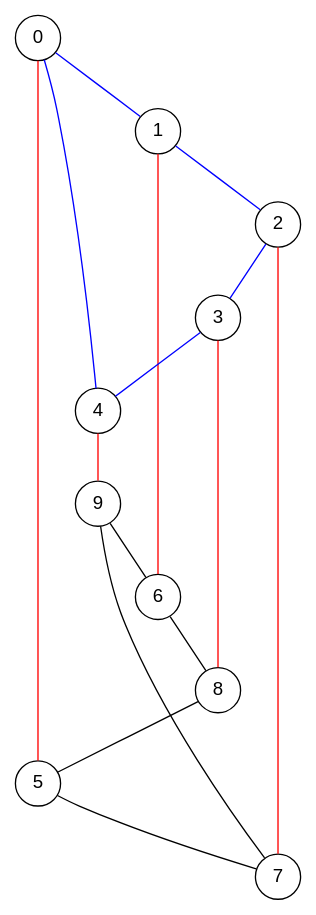
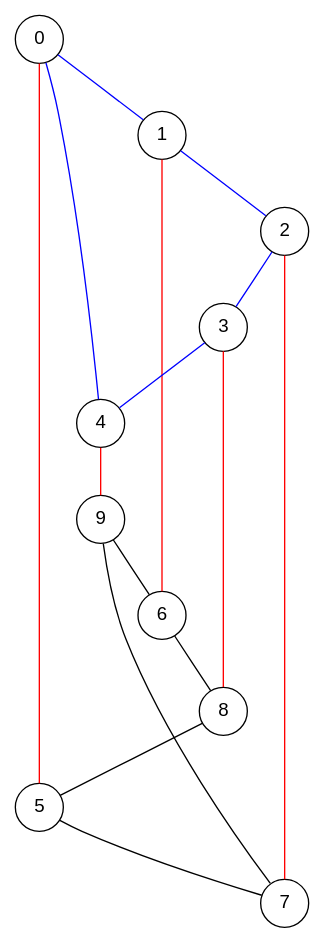
One commit to graphviz-perl/Tk-GraphViz changed the diagram in t/graphs/directed/Petersen.dot. Above: the diagram before and after it, drawn with Graphviz. The commit also changed 50 other files, not shown here.

```diff
--- a/t/graphs/directed/Petersen.dot
+++ b/t/graphs/directed/Petersen.dot
@@ -1,30 +1,29 @@
 graph Petersen {
-	node [label="\N", fontname=Arial, shape=circle, width="0.400000", height="0.400000", color=black];
+	node [label="\N", fontname=Arial, shape=circle, color=black];
 	edge [color=black];
-	graph [bb="0,0,204,660"];
-	0 [width="0.42", height="0.43", pos="15,636"];
-	1 [width="0.39", height="0.40", pos="103,569"];
-	2 [width="0.42", height="0.43", pos="189,502"];
-	3 [width="0.42", height="0.43", pos="146,434"];
-	4 [width="0.44", height="0.46", pos="59,365"];
-	5 [width="0.42", height="0.43", pos="15,92"];
-	6 [width="0.42", height="0.43", pos="103,228"];
-	7 [width="0.42", height="0.43", pos="189,24"];
-	8 [width="0.42", height="0.43", pos="146,160"];
-	9 [width="0.42", height="0.43", pos="59,296"];
-	0 -- 1 [color=blue, len="2.6", pos="27,627 44,614 75,590 92,578"];
-	1 -- 2 [color=blue, len="2.6", pos="114,560 131,547 160,524 177,511"];
-	2 -- 3 [color=blue, len="2.6", pos="181,489 173,477 162,459 154,447"];
-	3 -- 4 [color=blue, len="2.6", pos="134,424 118,411 89,388 72,375"];
-	4 -- 0 [color=blue, len="2.6", pos="19,621 22,611 26,596 29,584 44,509 54,418 57,382"];
-	0 -- 5 [color=red, weight=5, pos="15,620 15,595 16,544 15,502 15,502 15,502 15,228 16,184 15,133 15,108"];
-	1 -- 6 [color=red, weight=5, pos="103,554 103,530 103,478 103,434 103,434 103,434 103,365 103,321 103,269 103,244"];
-	2 -- 7 [color=red, weight=5, pos="189,486 189,461 189,408 189,365 189,365 189,365 189,160 189,116 189,65 189,40"];
-	3 -- 8 [color=red, weight=5, pos="146,418 146,371 146,224 146,176"];
-	4 -- 9 [color=red, weight=5, pos="59,348 59,337 59,323 59,312"];
-	5 -- 7 [pos="28,84 33,82 39,78 45,76 91,55 148,37 174,28"];
-	7 -- 9 [pos="61,281 64,263 69,235 79,212 107,141 159,66 180,37"];
-	9 -- 6 [pos="67,283 75,271 87,253 94,241"];
-	6 -- 8 [pos="111,215 119,203 130,185 138,173"];
-	8 -- 5 [pos="132,153 107,140 54,112 29,99"];
+	0
+	1
+	2
+	3
+	4
+	5
+	6
+	7
+	8
+	9
+	0 -- 1 [color=blue, len="2.6"];
+	1 -- 2 [color=blue, len="2.6"];
+	2 -- 3 [color=blue, len="2.6"];
+	3 -- 4 [color=blue, len="2.6"];
+	4 -- 0 [color=blue, len="2.6"];
+	0 -- 5 [color=red, weight=5];
+	1 -- 6 [color=red, weight=5];
+	2 -- 7 [color=red, weight=5];
+	3 -- 8 [color=red, weight=5];
+	4 -- 9 [color=red, weight=5];
+	5 -- 7
+	7 -- 9
+	9 -- 6
+	6 -- 8
+	8 -- 5
 }
```
